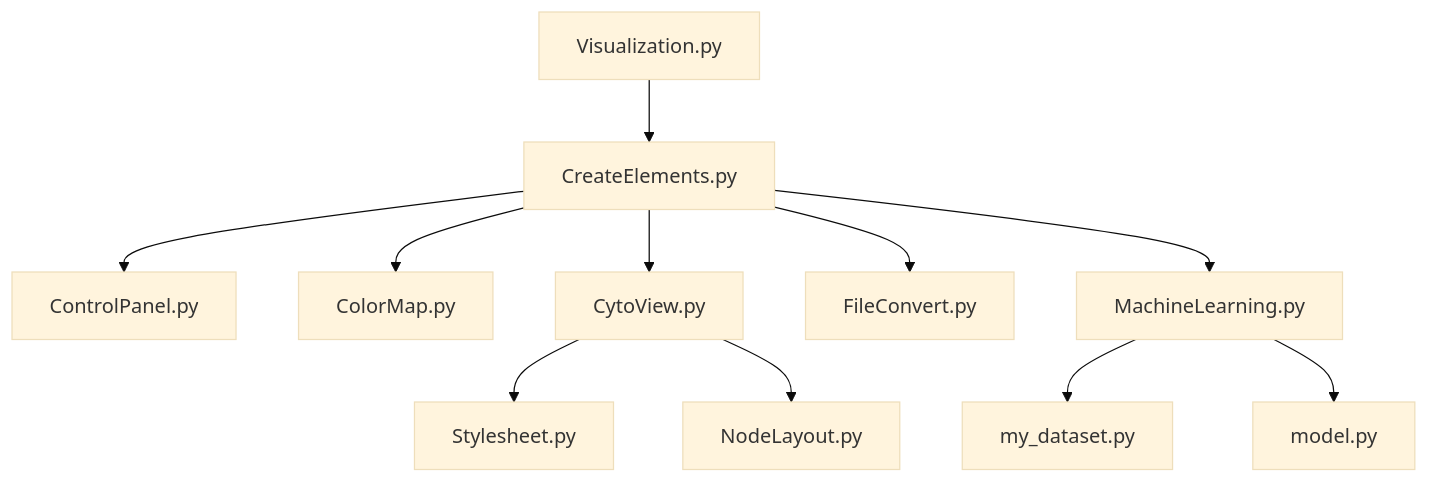
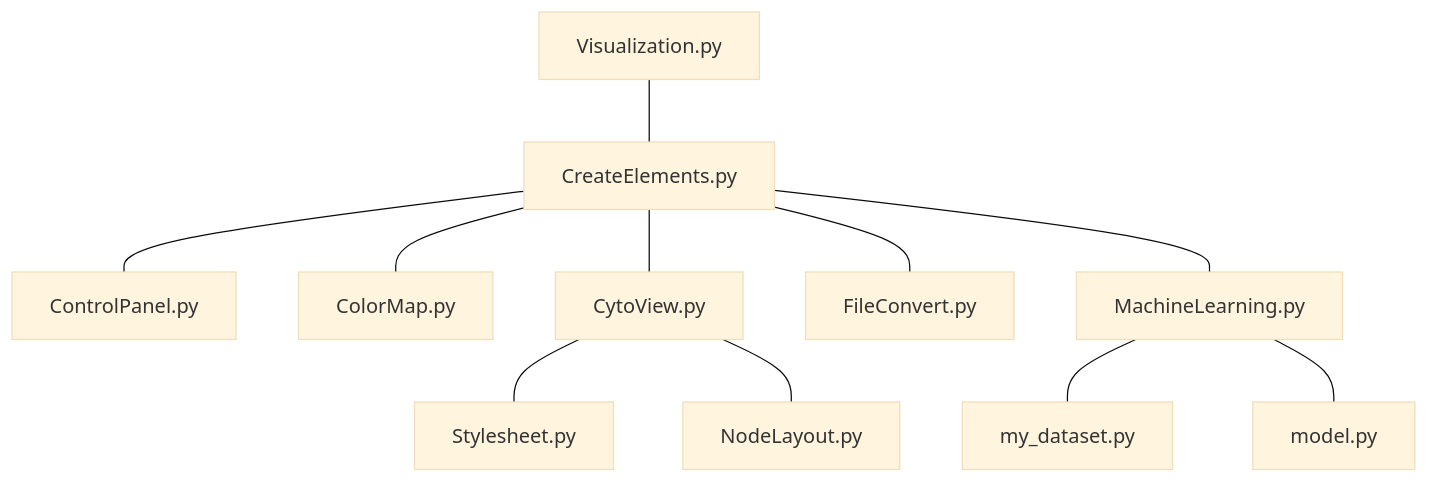
One commit to mehdi123dj/VIZ_API changed the diagram in README.md. Above: the diagram before and after it, drawn with Mermaid (base theme).

````diff
--- a/README.md
+++ b/README.md
@@ -201,13 +201,13 @@
 ```mermaid
   graph TD;
-      Visualization.py-->CreateElements.py;
-      CreateElements.py-->ControlPanel.py;
-      CreateElements.py-->ColorMap.py;
-      CreateElements.py-->CytoView.py;
-      CreateElements.py-->FileConvert.py;
-      CreateElements.py-->MachineLearning.py;
-      MachineLearning.py-->my_dataset.py;
-      MachineLearning.py-->model.py;
-      CytoView.py-->Stylesheet.py;
-      CytoView.py-->NodeLayout.py;
+      Visualization.py---CreateElements.py;
+      CreateElements.py---ControlPanel.py;
+      CreateElements.py---ColorMap.py;
+      CreateElements.py---CytoView.py;
+      CreateElements.py---FileConvert.py;
+      CreateElements.py---MachineLearning.py;
+      MachineLearning.py---my_dataset.py;
+      MachineLearning.py---model.py;
+      CytoView.py---Stylesheet.py;
+      CytoView.py---NodeLayout.py;
 ```
````
